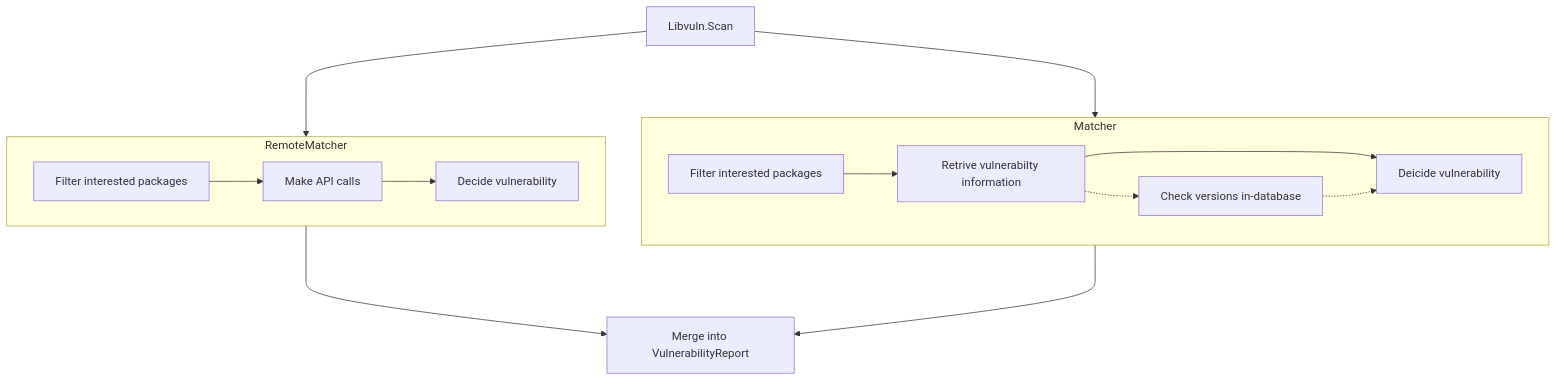
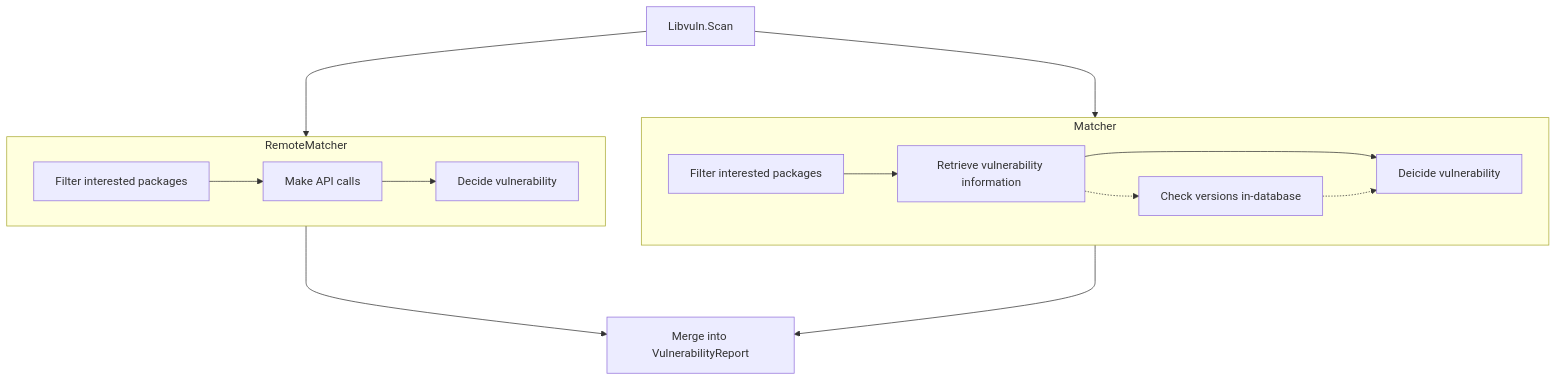
The diagram in docs/concepts/matcher_architecture.md (quay/claircore), drawn with Mermaid before and after one commit. The commit also changed 1 other file, not shown here.

Commit message:
docs: spellcheck
Some spelling fixes with the help of some tooling:

    git ls-files -- :\*.md :\!CHANGELOG.md |
	xargs go run github.com/golangci/misspell/cmd/misspell@latest\
	-locale US -source text -w

````diff
--- a/docs/concepts/matcher_architecture.md
+++ b/docs/concepts/matcher_architecture.md
@@ -7,20 +7,20 @@
 ```mermaid
 graph TD
 	start[Libvuln.Scan]
 	finish[Merge into VulnerabilityReport]
 	start ---> RemoteMatcher & Matcher ---> finish
 	subgraph RemoteMatcher
 		ra[Filter interested packages]
 		api[Make API calls]
 		rv[Decide vulnerability]
 		ra --> api --> rv
 	end
 	subgraph Matcher
 		dbv[Check versions in-database]
 		ma[Filter interested packages]
-		adv[Retrive vulnerabilty information]
+		adv[Retrieve vulnerability information]
 		mv[Deicide vulnerability]
 		ma --> adv --> mv
 		adv -.-> dbv -.-> mv
 	end
 ```
````
